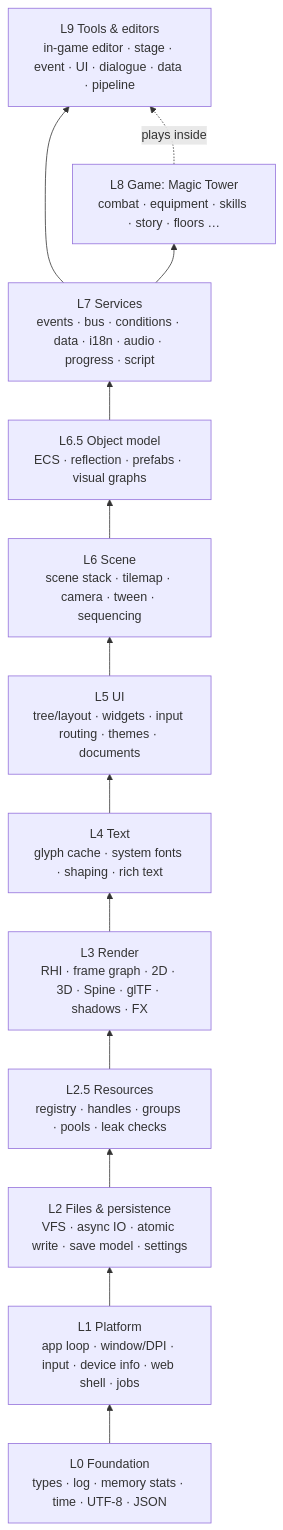
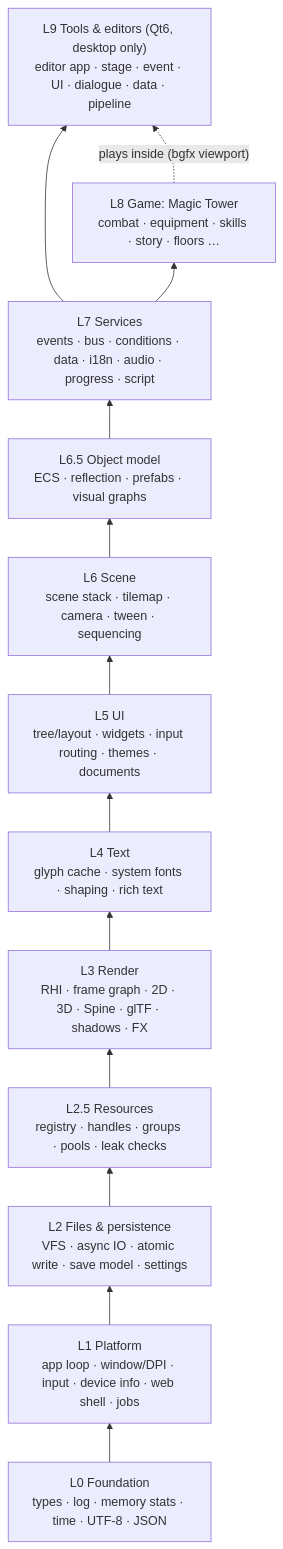
The diagram in docs/EngineBlueprint/01_SYSTEM_HIERARCHY.md (WSLHermesAI/TOMS), drawn with Mermaid before and after one commit. The commit also changed other lines of this file and 52 other files, not shown here.

````diff
--- a/docs/EngineBlueprint/01_SYSTEM_HIERARCHY.md
+++ b/docs/EngineBlueprint/01_SYSTEM_HIERARCHY.md
@@ -21,18 +21,18 @@
 ```mermaid
 flowchart BT
     L0["L0 Foundation<br/>types · log · memory stats · time · UTF-8 · JSON"]
     L1["L1 Platform<br/>app loop · window/DPI · input · device info · web shell · jobs"]
     L2["L2 Files & persistence<br/>VFS · async IO · atomic write · save model · settings"]
     L25["L2.5 Resources<br/>registry · handles · groups · pools · leak checks"]
     L3["L3 Render<br/>RHI · frame graph · 2D · 3D · Spine · glTF · shadows · FX"]
     L4["L4 Text<br/>glyph cache · system fonts · shaping · rich text"]
     L5["L5 UI<br/>tree/layout · widgets · input routing · themes · documents"]
     L6["L6 Scene<br/>scene stack · tilemap · camera · tween · sequencing"]
     L65["L6.5 Object model<br/>ECS · reflection · prefabs · visual graphs"]
     L7["L7 Services<br/>events · bus · conditions · data · i18n · audio · progress · script"]
     L8["L8 Game: Magic Tower<br/>combat · equipment · skills · story · floors …"]
-    L9["L9 Tools & editors<br/>in-game editor · stage · event · UI · dialogue · data · pipeline"]
+    L9["L9 Tools & editors (Qt6, desktop only)<br/>editor app · stage · event · UI · dialogue · data · pipeline"]
     L0 --> L1 --> L2 --> L25 --> L3 --> L4 --> L5 --> L6 --> L65 --> L7 --> L8
     L7 --> L9
-    L8 -. "plays inside" .-> L9
+    L8 -. "plays inside (bgfx viewport)" .-> L9
 ```
````
